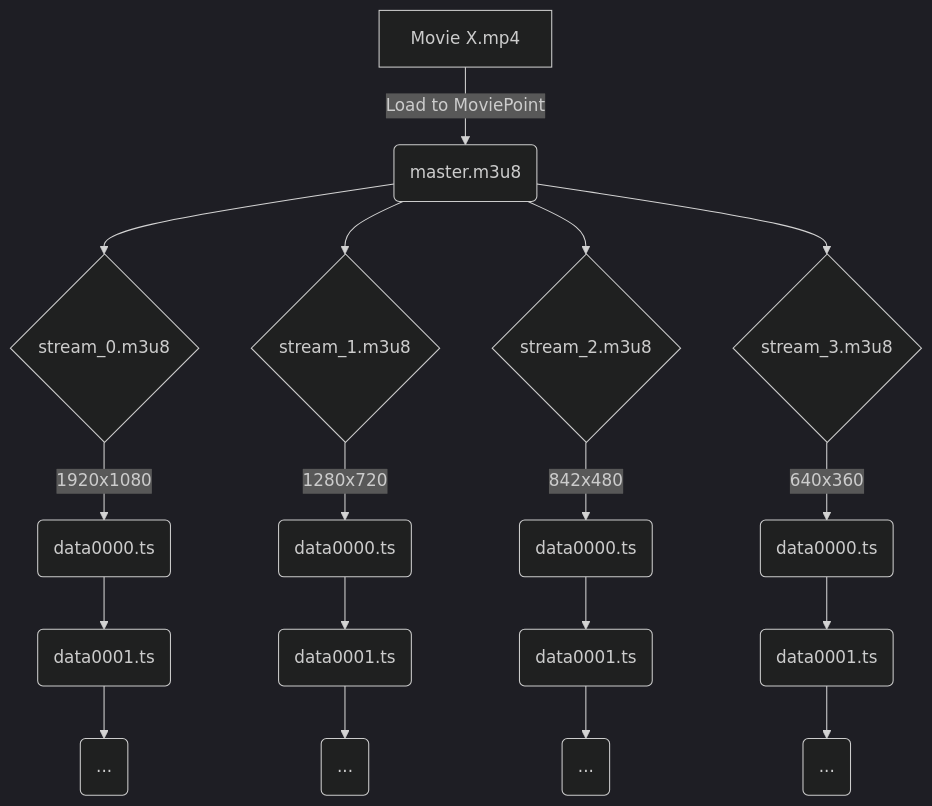
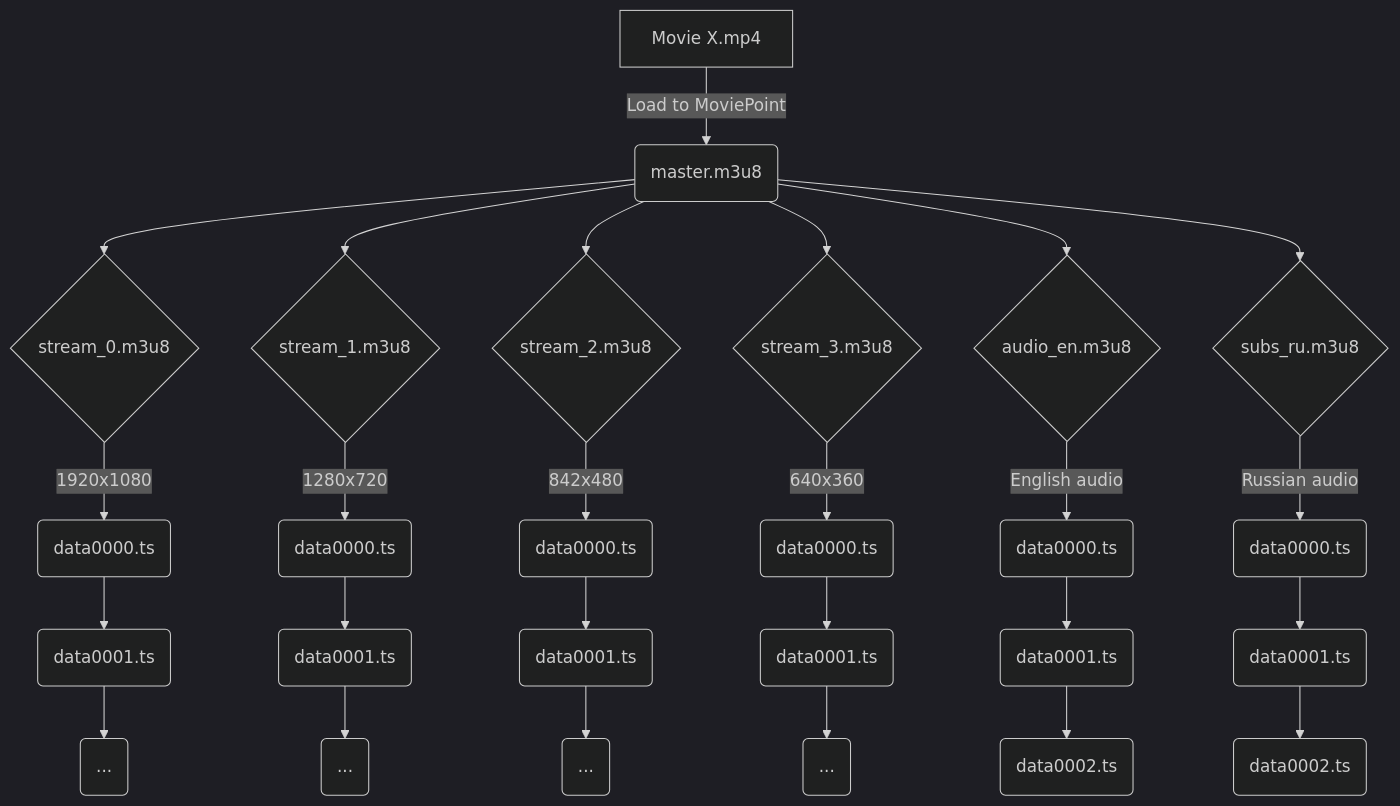
One commit to AlexSavelev/MoviePoint changed the diagram in README.md. Above: the diagram before and after it, drawn with Mermaid (dark theme).

````diff
--- a/README.md
+++ b/README.md
@@ -30,24 +30,34 @@
 ```mermaid
 flowchart TD
     A[Movie X.mp4] -->|Load to MoviePoint| B(master.m3u8)
     B --> C{stream_0.m3u8}
     B --> D{stream_1.m3u8}
     B --> E{stream_2.m3u8}
     B --> F{stream_3.m3u8}
+    B --> S{audio_en.m3u8}
+    B --> T{subs_ru.m3u8}
 
     C --> |1920x1080| G(data0000.ts)
     G --> H(data0001.ts)
     H --> I(...)
 
     D --> |1280x720| J(data0000.ts)
     J --> K(data0001.ts)
     K --> L(...)
 
     E --> |842x480| M(data0000.ts)
     M --> N(data0001.ts)
     N --> O(...)
 
     F --> |640x360| P(data0000.ts)
     P --> Q(data0001.ts)
     Q --> R(...)
+
+    S --> |English audio| U(data0000.ts)
+    U --> W(data0001.ts)
+    W --> X(data0002.ts)
+
+    T --> |Russian audio| Y(data0000.ts)
+    Y --> Z(data0001.ts)
+    Z --> V(data0002.ts)
 ```
````
